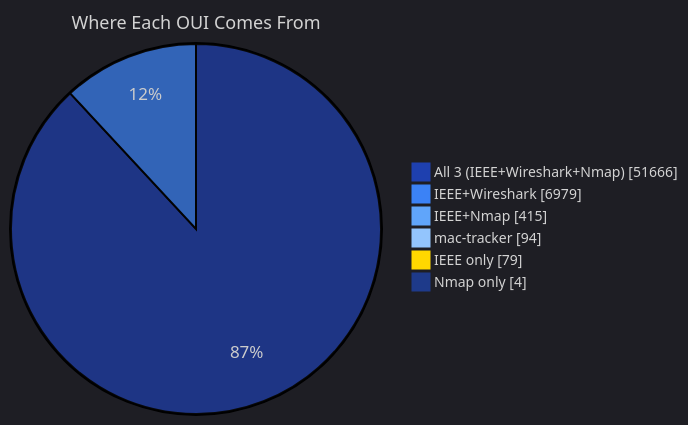
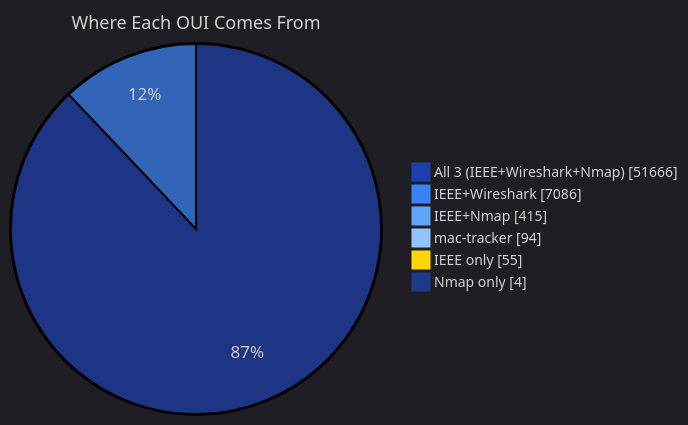
Before and after one commit to zqf20096327/dbhub_collect: the second of 5 diagrams in data/readmes/Ringmast4r__OUI-Master-Database.md, drawn with Mermaid. The commit also changed other lines of this file and 983 other files, not shown here.

````diff
--- a/data/readmes/Ringmast4r__OUI-Master-Database.md
+++ b/data/readmes/Ringmast4r__OUI-Master-Database.md
@@ -97,11 +97,11 @@
 ```mermaid
 %%{init: {'theme':'dark', 'themeVariables': {'pie1':'#1E40AF','pie2':'#3B82F6','pie3':'#60A5FA','pie4':'#93C5FD','pie5':'#FFD700','pie6':'#1E3A8A','pieTitleTextSize':'18px','pieLegendTextSize':'14px'}}}%%
 pie showData
     title Where Each OUI Comes From
     "All 3 (IEEE+Wireshark+Nmap)" : 51666
-    "IEEE+Wireshark" : 6979
+    "IEEE+Wireshark" : 7086
     "IEEE+Nmap" : 415
     "mac-tracker" : 94
-    "IEEE only" : 79
+    "IEEE only" : 55
     "Nmap only" : 4
 ```
````
